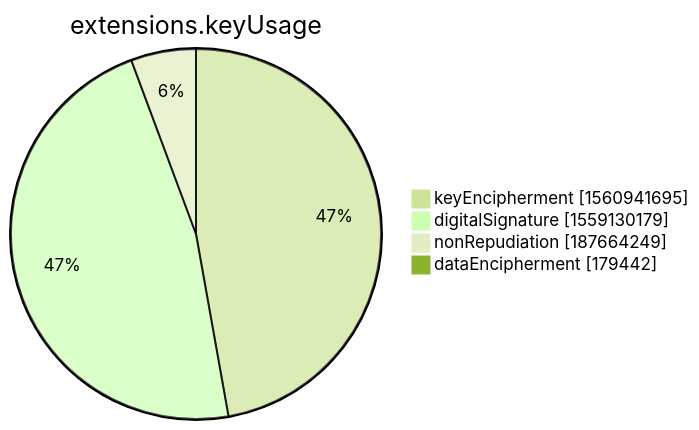
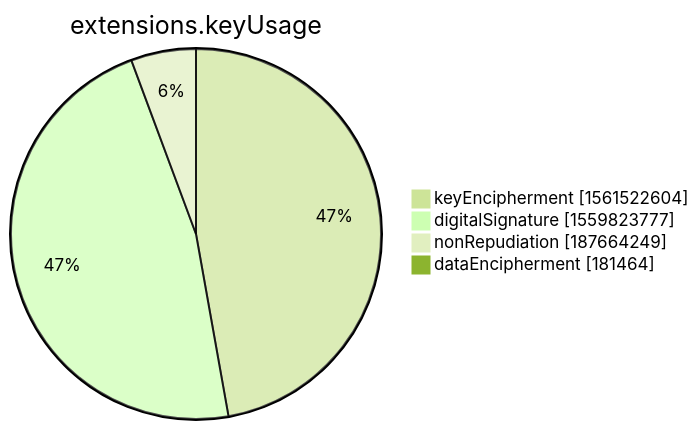
The seventh of 15 diagrams in xenon2022/README.md (christiankrug/ctmonitor_visualization), drawn with Mermaid (forest theme) before and after one commit. The commit also changed other lines of this file, not shown here.

````diff
--- a/xenon2022/README.md
+++ b/xenon2022/README.md
@@ -2852,8 +2852,8 @@
 ```mermaid
 pie showData
 title extensions.keyUsage
-"keyEncipherment" :1560941695
-"digitalSignature" :1559130179
+"keyEncipherment" :1561522604
+"digitalSignature" :1559823777
 "nonRepudiation" :187664249
-"dataEncipherment" :179442
+"dataEncipherment" :181464
 ```
````
